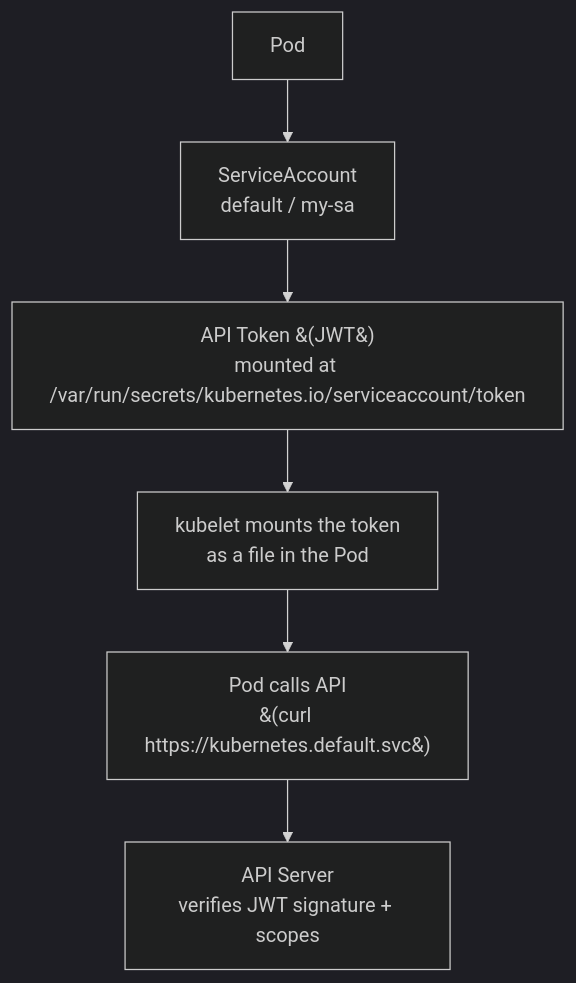
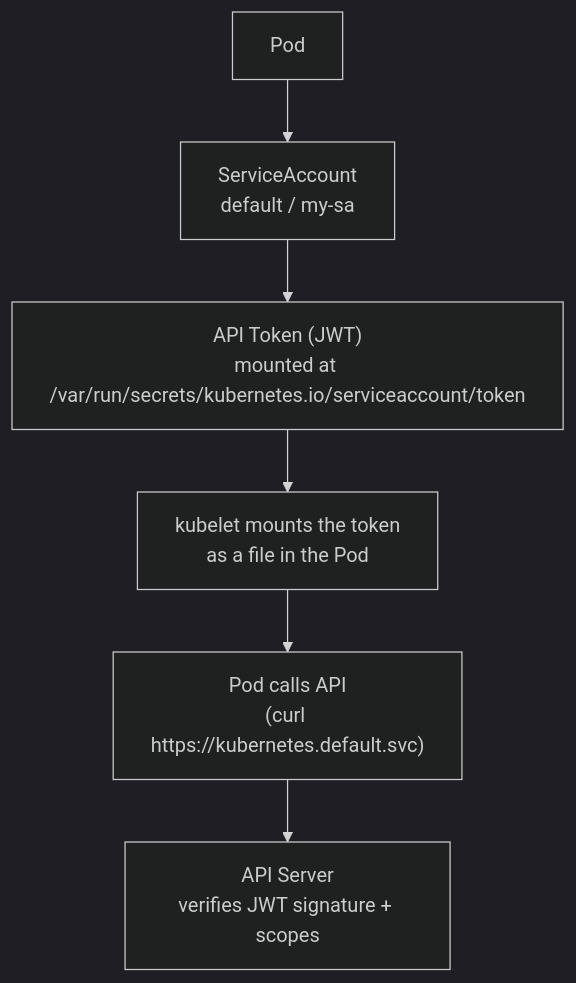
One commit to WhoisMonesh/K8S-Everything changed the diagram in 06-security/service-accounts.md. Above: the diagram before and after it, drawn with Mermaid (dark theme). The commit also changed 15 other files, not shown here.

First line of the commit message:
Fix Mermaid parentheses syntax - use quoted labels

````diff
--- a/06-security/service-accounts.md
+++ b/06-security/service-accounts.md
@@ -19,8 +19,8 @@
 ```mermaid
 graph TD
     A[Pod] --> B[ServiceAccount<br/>default / my-sa]
-    B --> C[API Token &#40;JWT&#41;<br/>mounted at /var/run/secrets/kubernetes.io/serviceaccount/token]
+    B --> C["API Token (JWT)<br/>mounted at /var/run/secrets/kubernetes.io/serviceaccount/token"]
     C --> D[kubelet mounts the token<br/>as a file in the Pod]
-    D --> E[Pod calls API<br/>&#40;curl https://kubernetes.default.svc&#41;]
+    D --> E["Pod calls API<br/>(curl https://kubernetes.default.svc)"]
     E --> F[API Server<br/>verifies JWT signature + scopes]
 ```
````
